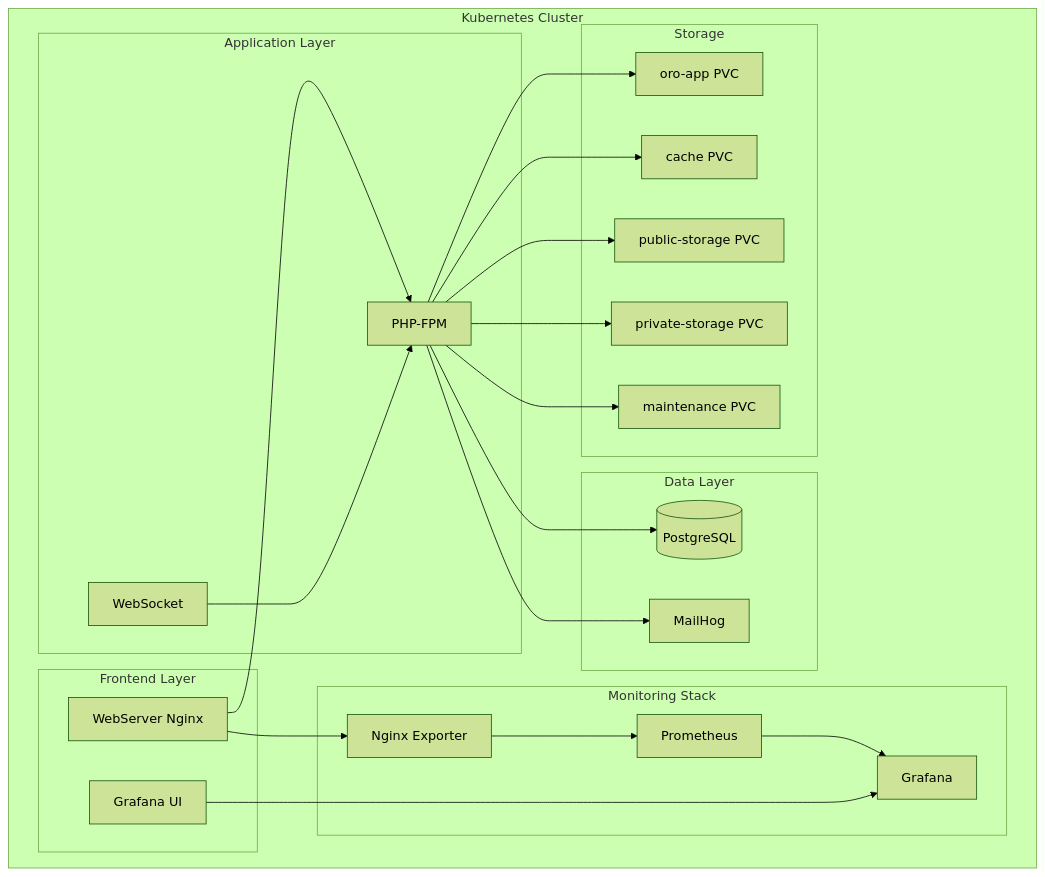
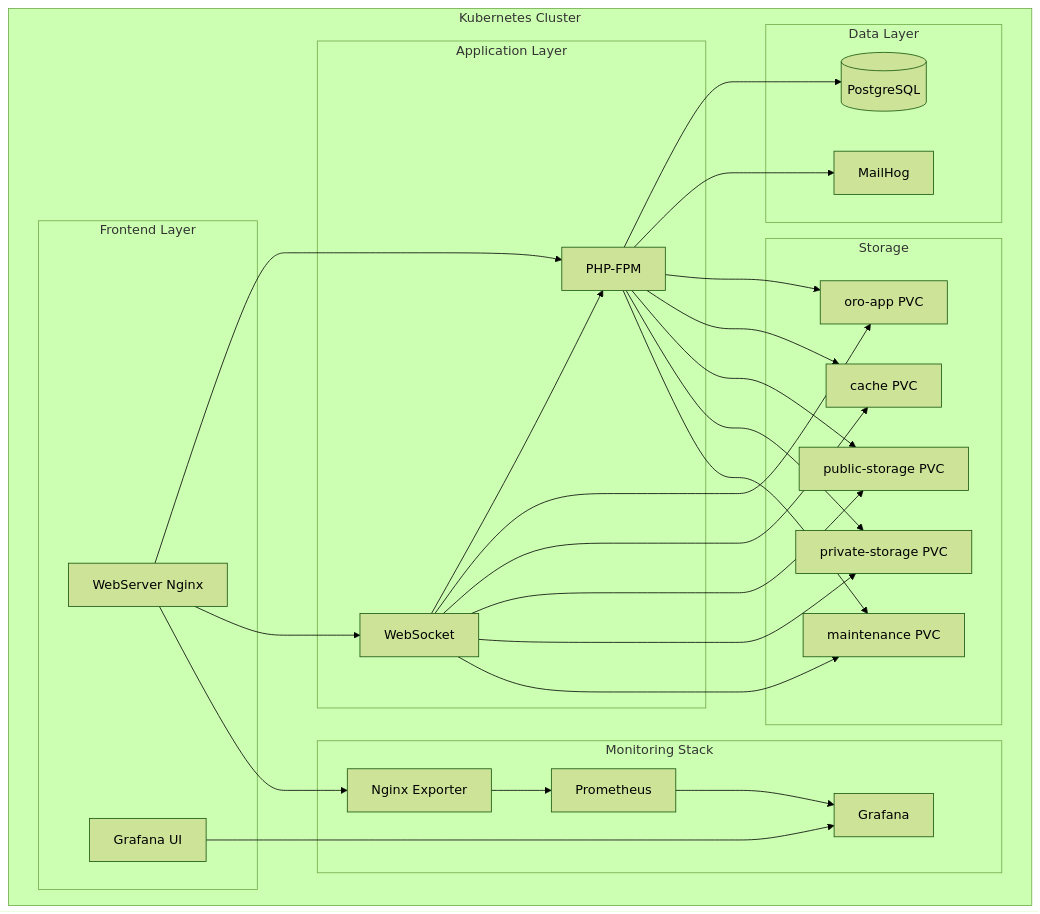
The diagram in README.md (Sairkko/kube), drawn with Mermaid (forest theme) before and after one commit. The commit also changed other lines of this file and 5 other files, not shown here.

````diff
--- a/README.md
+++ b/README.md
@@ -19,48 +19,54 @@
 ```mermaid
 graph TB
     subgraph "Kubernetes Cluster"
         subgraph "Frontend Layer"
             WS[WebServer Nginx]
             UI[Grafana UI]
         end
         
         subgraph "Application Layer"
             PHP[PHP-FPM]
             WSOCK[WebSocket]
         end
         
         subgraph "Data Layer"
             DB[(PostgreSQL)]
             MAIL[MailHog]
         end
         
         subgraph "Monitoring Stack"
             PROM[Prometheus]
             GRAF[Grafana]
             EXP[Nginx Exporter]
         end
         
         subgraph "Storage"
             PVC1[oro-app PVC]
             PVC2[cache PVC]
             PVC3[public-storage PVC]
             PVC4[private-storage PVC]
             PVC5[maintenance PVC]
         end
     end
     
     WS --> PHP
+    WS --> WSOCK
     PHP --> DB
     WS --> EXP
     EXP --> PROM
     PROM --> GRAF
     PHP --> MAIL
     WSOCK --> PHP
     UI --> GRAF
     
     PHP --> PVC1
     PHP --> PVC2
     PHP --> PVC3
     PHP --> PVC4
     PHP --> PVC5
+    WSOCK --> PVC1
+    WSOCK --> PVC2
+    WSOCK --> PVC3
+    WSOCK --> PVC4
+    WSOCK --> PVC5
 ```
````
